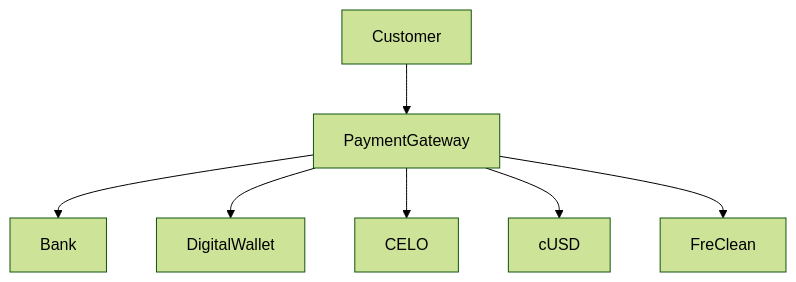
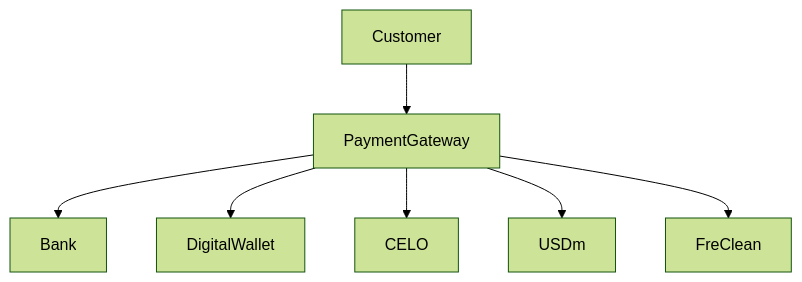
Before and after one commit to FreClean/FreClean: the eighth of 14 diagrams in WHITEPAPER.md, drawn with Mermaid (forest theme). The commit also changed other lines of this file and 9 other files, not shown here.

Commit message:
Migrate cUSD terminology to USDm

````diff
--- a/WHITEPAPER.md
+++ b/WHITEPAPER.md
@@ -890,15 +890,15 @@
 ```mermaid
 flowchart TD
 
 Customer --> PaymentGateway
 
 PaymentGateway --> Bank
 
 PaymentGateway --> DigitalWallet
 
 PaymentGateway --> CELO
 
-PaymentGateway --> cUSD
+PaymentGateway --> USDm
 
 PaymentGateway --> FreClean
 ```
````
